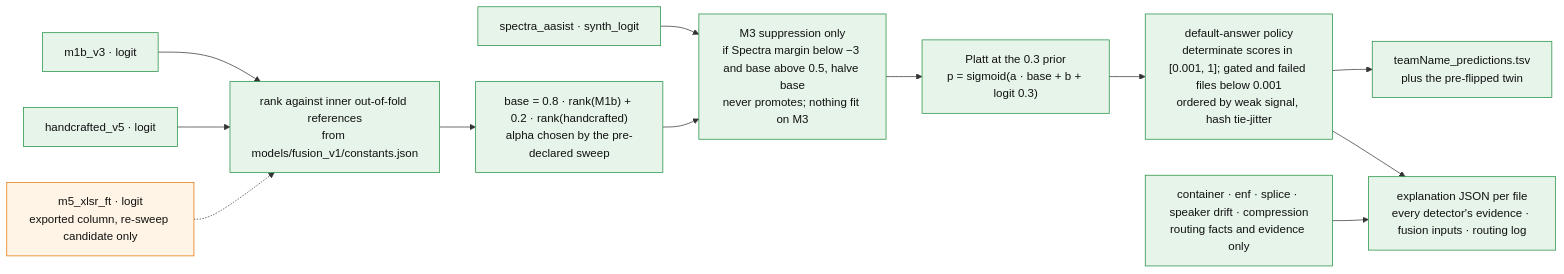
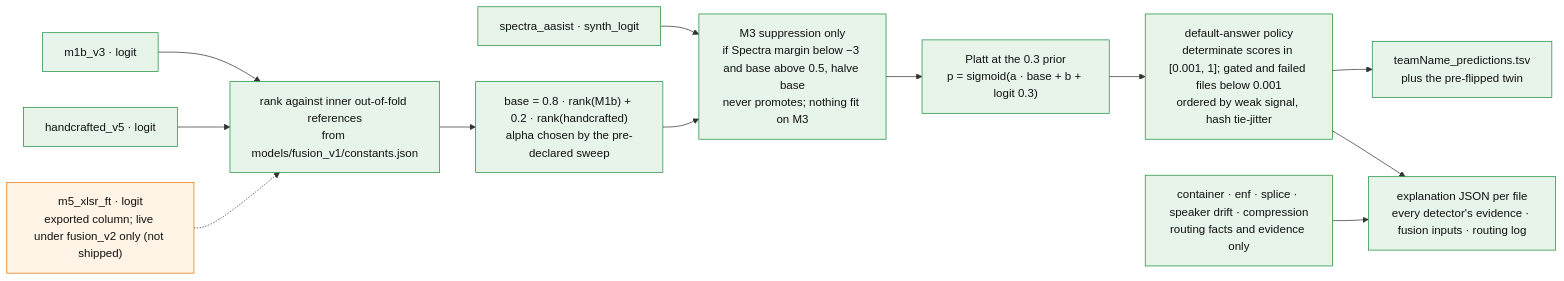
Before and after one commit to nrstough/hearsay: the fifth of 5 diagrams in docs/architecture.md, drawn with Mermaid. The commit also changed other lines of this file and 6 other files, not shown here.

Commit message:
docs(oversight): M5 is runnable live under the unshipped fusion_v2 (8316e50); STATUS, architecture, diagram, code map and handoffs follow; suite 504

````diff
--- a/docs/architecture.md
+++ b/docs/architecture.md
@@ -213,30 +213,30 @@
 ```mermaid
 flowchart LR
   E1["m1b_v3 · logit"]
   E2["handcrafted_v5 · logit"]
   E3["spectra_aasist · synth_logit"]
-  E4["m5_xlsr_ft · logit<br/>exported column, re-sweep candidate only"]
+  E4["m5_xlsr_ft · logit<br/>exported column; live under fusion_v2 only (not shipped)"]
   R1["rank against inner out-of-fold references<br/>from models/fusion_v1/constants.json"]
   E1 --> R1
   E2 --> R1
   BL["base = 0.8 · rank(M1b) + 0.2 · rank(handcrafted)<br/>alpha chosen by the pre-declared sweep"]
   R1 --> BL
   SUP["M3 suppression only<br/>if Spectra margin below −3 and base above 0.5, halve base<br/>never promotes; nothing fit on M3"]
   E3 --> SUP
   BL --> SUP
   PL["Platt at the 0.3 prior<br/>p = sigmoid(a · base + b + logit 0.3)"]
   SUP --> PL
   GATE["default-answer policy<br/>determinate scores in [0.001, 1]; gated and failed files below 0.001<br/>ordered by weak signal, hash tie-jitter"]
   PL --> GATE
   TSV["teamName_predictions.tsv<br/>plus the pre-flipped twin"]
   GATE --> TSV
   RB["container · enf · splice · speaker drift · compression<br/>routing facts and evidence only"]
   EXP["explanation JSON per file<br/>every detector's evidence · fusion inputs · routing log"]
   RB --> EXP
   GATE --> EXP
   E4 -.-> R1
   classDef built fill:#e6f4ea,stroke:#1e8e3e,color:#111
   classDef flight fill:#fff4e5,stroke:#e37400,color:#111
   class E1,E2,E3,R1,BL,SUP,PL,GATE,TSV,RB,EXP built
   class E4 flight
 ```
````
